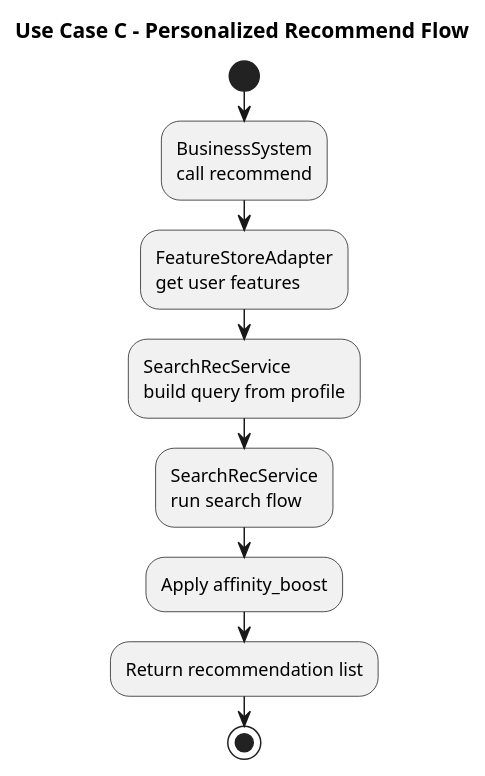
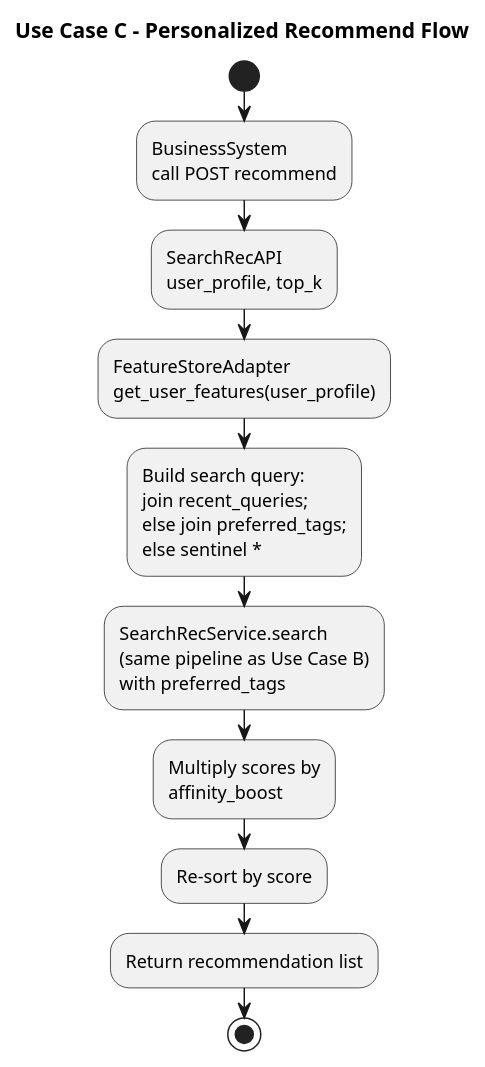
Before and after one commit to zhang1career/service-foundation: the diagram in app_searchrec/docs/usecase_c_recommend_flow.puml, drawn with PlantUML. The commit also changed 18 other files, not shown here.

```diff
--- a/app_searchrec/docs/usecase_c_recommend_flow.puml
+++ b/app_searchrec/docs/usecase_c_recommend_flow.puml
@@ -1,13 +1,15 @@
 @startuml
 title Use Case C - Personalized Recommend Flow
 skinparam shadowing false
 
 start
-:BusinessSystem\ncall recommend;
-:FeatureStoreAdapter\nget user features;
-:SearchRecService\nbuild query from profile;
-:SearchRecService\nrun search flow;
-:Apply affinity_boost;
+:BusinessSystem\ncall POST recommend;
+:SearchRecAPI\nuser_profile, top_k;
+:FeatureStoreAdapter\nget_user_features(user_profile);
+:Build search query:\njoin recent_queries;\nelse join preferred_tags;\nelse sentinel *;
+:SearchRecService.search\n(same pipeline as Use Case B)\nwith preferred_tags;
+:Multiply scores by\naffinity_boost;
+:Re-sort by score;
 :Return recommendation list;
 stop
 @enduml
```
